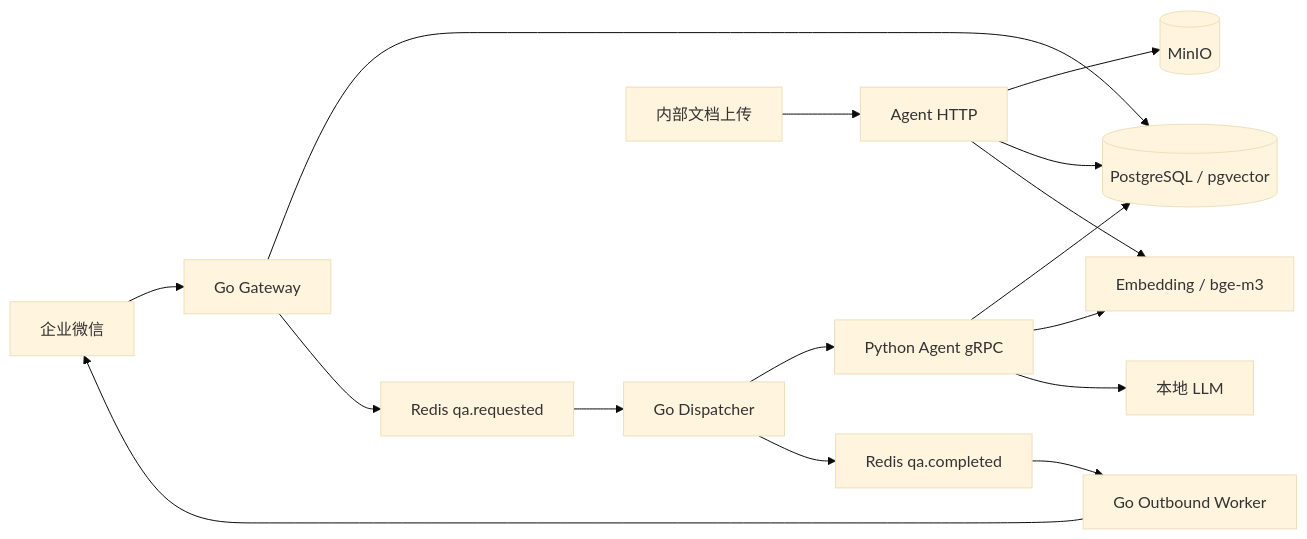
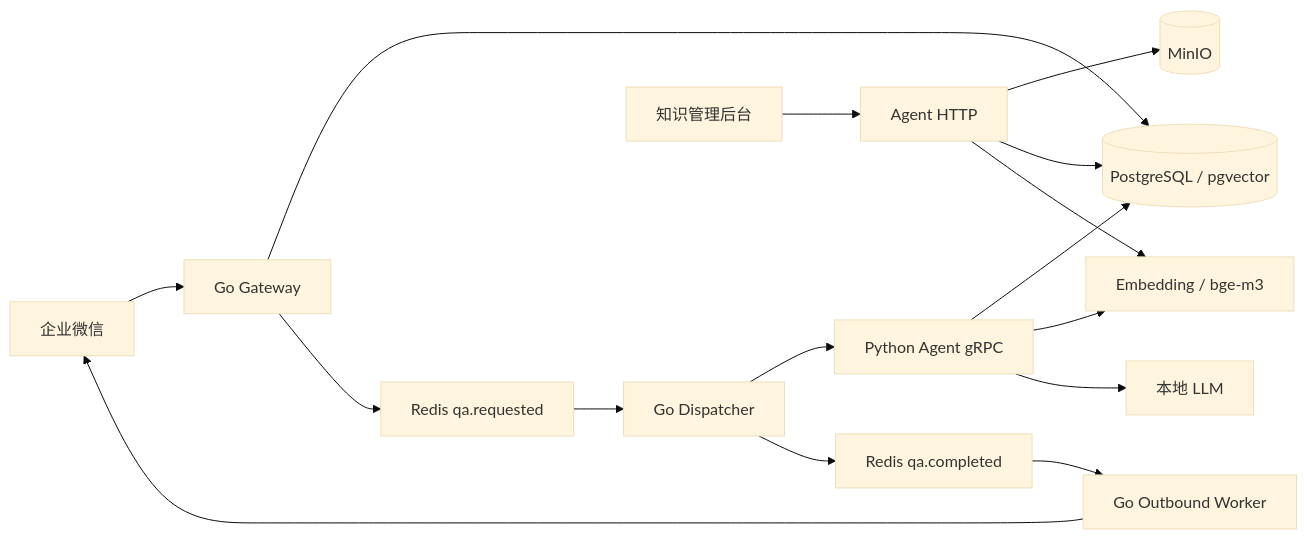
The diagram in README.md (mature-chives/workChat_bot), drawn with Mermaid (base theme) before and after one commit. The commit also changed other lines of this file and 7 other files, not shown here.

````diff
--- a/README.md
+++ b/README.md
@@ -25,19 +26,19 @@
 ```mermaid
 flowchart LR
     WX[企业微信] --> GW[Go Gateway]
     GW --> DB[(PostgreSQL / pgvector)]
     GW --> REQ[Redis qa.requested]
     REQ --> DISPATCHER[Go Dispatcher]
     DISPATCHER --> AGENT[Python Agent gRPC]
     AGENT --> DB
     AGENT --> EMB[Embedding / bge-m3]
     AGENT --> LLM[本地 LLM]
     DISPATCHER --> DONE[Redis qa.completed]
     DONE --> OUT[Go Outbound Worker]
     OUT --> WX
 
-    ADMIN[内部文档上传] --> HTTP[Agent HTTP]
+    ADMIN[知识管理后台] --> HTTP[Agent HTTP]
     HTTP --> MINIO[(MinIO)]
     HTTP --> DB
     HTTP --> EMB
 ```
````
